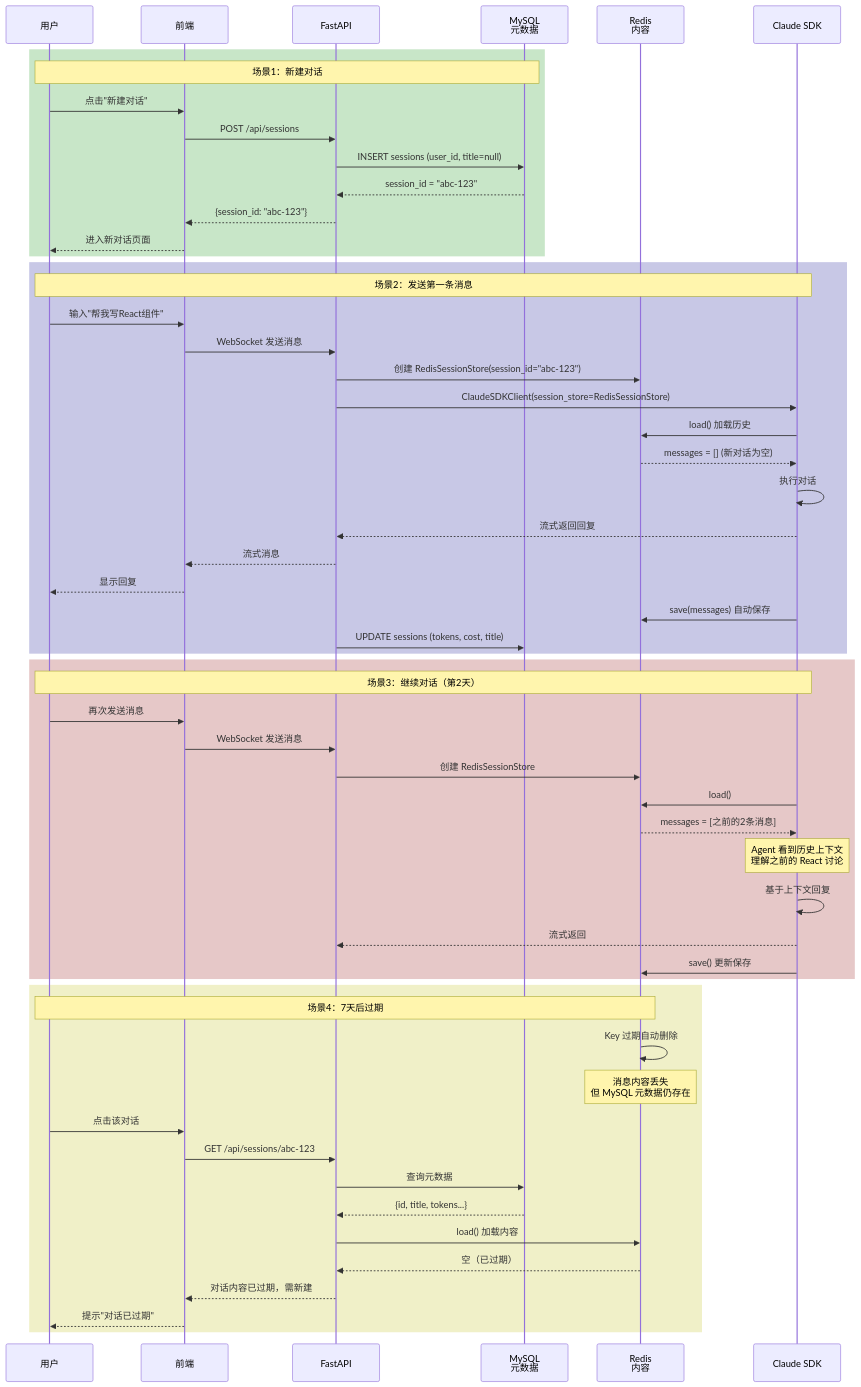
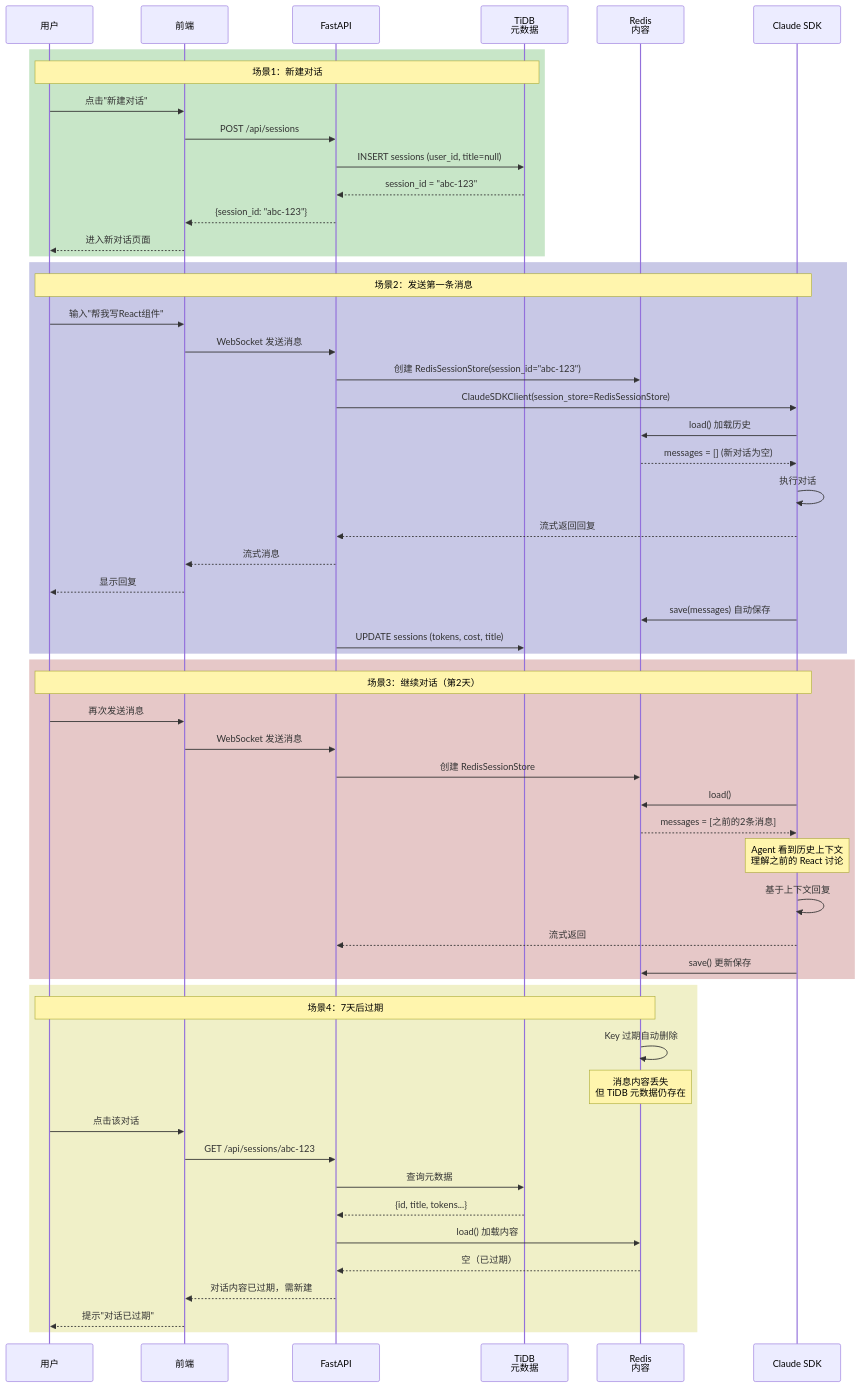
Before and after one commit to xiaocaipi/mm-doc: diagram 12 of 27 in agent/agent_project_design_1.md, drawn with Mermaid. The commit also changed other lines of this file, not shown here.

````diff
--- a/agent/agent_project_design_1.md
+++ b/agent/agent_project_design_1.md
@@ -617,66 +617,66 @@
 ```mermaid
 sequenceDiagram
     participant User as 用户
     participant Frontend as 前端
     participant API as FastAPI
-    participant MySQL as MySQL<br/>元数据
+    participant TiDB as TiDB<br/>元数据
     participant Redis as Redis<br/>内容
     participant SDK as Claude SDK
 
     %% 场景1：新建对话
     rect rgb(200, 230, 200)
-        Note over User, MySQL: 场景1：新建对话
+        Note over User, TiDB: 场景1：新建对话
         User->>Frontend: 点击"新建对话"
         Frontend->>API: POST /api/sessions
-        API->>MySQL: INSERT sessions (user_id, title=null)
-        MySQL-->>API: session_id = "abc-123"
+        API->>TiDB: INSERT sessions (user_id, title=null)
+        TiDB-->>API: session_id = "abc-123"
         API-->>Frontend: {session_id: "abc-123"}
         Frontend-->>User: 进入新对话页面
     end
 
     %% 场景2：发送第一条消息
     rect rgb(200, 200, 230)
         Note over User, SDK: 场景2：发送第一条消息
         User->>Frontend: 输入"帮我写React组件"
         Frontend->>API: WebSocket 发送消息
         API->>Redis: 创建 RedisSessionStore(session_id="abc-123")
         API->>SDK: ClaudeSDKClient(session_store=RedisSessionStore)
         SDK->>Redis: load() 加载历史
         Redis-->>SDK: messages = [] (新对话为空)
         SDK->>SDK: 执行对话
         SDK-->>API: 流式返回回复
         API-->>Frontend: 流式消息
         Frontend-->>User: 显示回复
         SDK->>Redis: save(messages) 自动保存
-        API->>MySQL: UPDATE sessions (tokens, cost, title)
+        API->>TiDB: UPDATE sessions (tokens, cost, title)
     end
 
     %% 场景3：继续对话
     rect rgb(230, 200, 200)
         Note over User, SDK: 场景3：继续对话（第2天）
         User->>Frontend: 再次发送消息
         Frontend->>API: WebSocket 发送消息
         API->>Redis: 创建 RedisSessionStore
         SDK->>Redis: load()
         Redis-->>SDK: messages = [之前的2条消息]
         Note over SDK: Agent 看到历史上下文<br/>理解之前的 React 讨论
         SDK->>SDK: 基于上下文回复
         SDK-->>API: 流式返回
         SDK->>Redis: save() 更新保存
     end
 
     %% 场景4：过期处理
     rect rgb(240, 240, 200)
         Note over User, Redis: 场景4：7天后过期
         Redis->>Redis: Key 过期自动删除
-        Note over Redis: 消息内容丢失<br/>但 MySQL 元数据仍存在
+        Note over Redis: 消息内容丢失<br/>但 TiDB 元数据仍存在
         User->>Frontend: 点击该对话
         Frontend->>API: GET /api/sessions/abc-123
-        API->>MySQL: 查询元数据
-        MySQL-->>API: {id, title, tokens...}
+        API->>TiDB: 查询元数据
+        TiDB-->>API: {id, title, tokens...}
         API->>Redis: load() 加载内容
         Redis-->>API: 空（已过期）
         API-->>Frontend: 对话内容已过期，需新建
         Frontend-->>User: 提示"对话已过期"
     end
 ```
````
